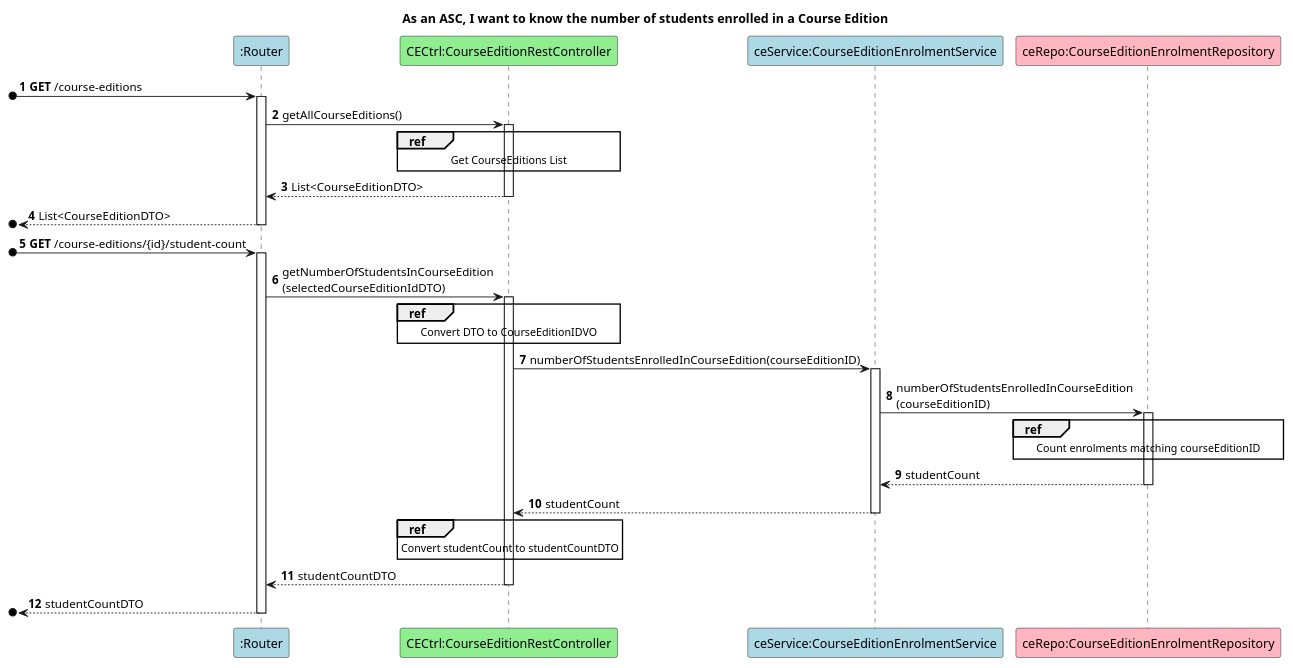
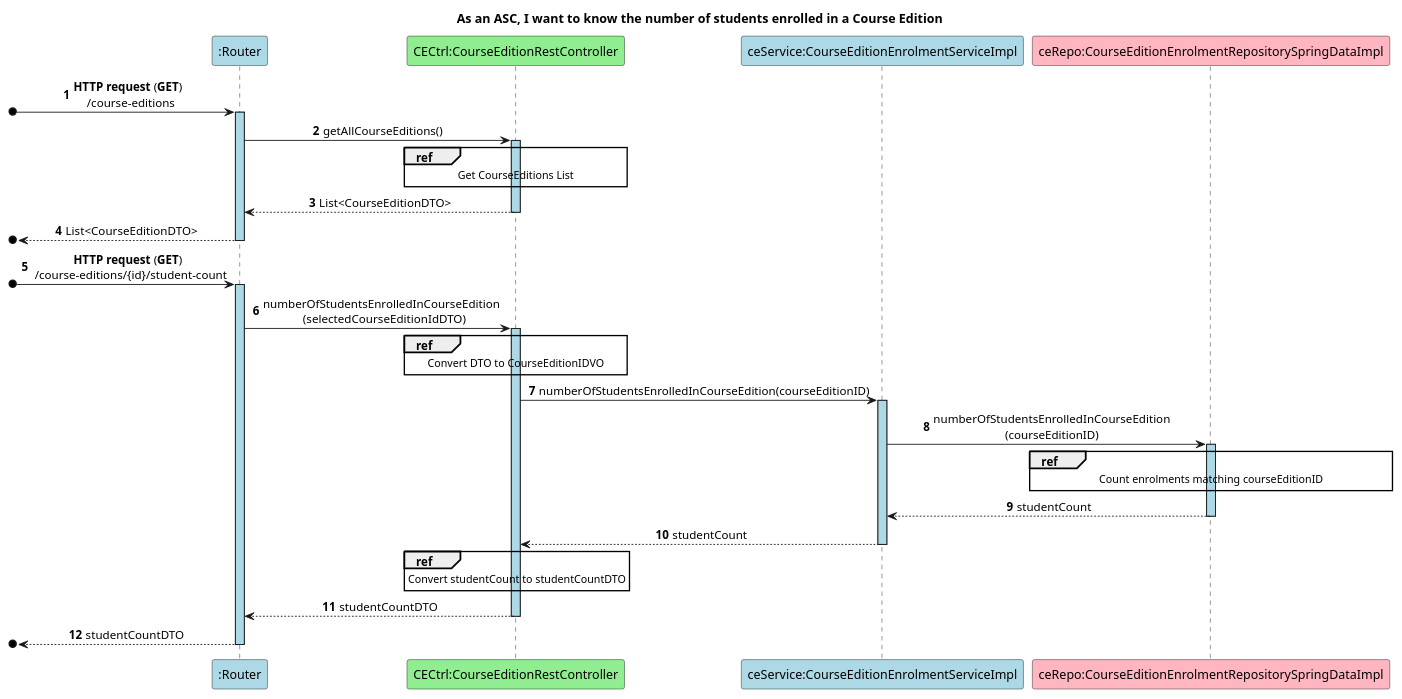
The diagram in docs/US36/ScenarioView/Level4.puml (GasparISEP/DevOps-PAI), drawn with PlantUML before and after one commit. The commit also changed 9 other files, not shown here.

Commit message:
Refs #652, #658: Refactored all US36 diagrams visual aspect

```diff
--- a/docs/US36/ScenarioView/Level4.puml
+++ b/docs/US36/ScenarioView/Level4.puml
@@ -1,49 +1,51 @@
 @startuml
 
 autonumber
 
 title As an ASC, I want to know the number of students enrolled in a Course Edition
+skinparam sequenceMessageAlign center
+skinparam sequenceLifeLineBackgroundColor #lightblue
 
 participant ":Router" as UI #lightblue
 participant "CECtrl:CourseEditionRestController" as ceC #lightgreen
-participant "ceService:CourseEditionEnrolmentService" as S #lightblue
-participant "ceRepo:CourseEditionEnrolmentRepository" as R #lightpink
+participant "ceService:CourseEditionEnrolmentServiceImpl" as S #lightblue
+participant "ceRepo:CourseEditionEnrolmentRepositorySpringDataImpl" as R #lightpink
 
-[o-> UI ++: **GET** /course-editions
+[o-> UI ++: **HTTP request** (**GET**) \n /course-editions
 
 UI -> ceC ++: getAllCourseEditions()
 
 ref over ceC
     Get CourseEditions List
 end ref
 
 ceC --> UI --: List<CourseEditionDTO>
 [o<-- UI --: List<CourseEditionDTO>
 
-[o-> UI ++ : **GET** /course-editions/{id}/student-count
+[o-> UI ++ : **HTTP request** (**GET**) \n /course-editions/{id}/student-count
 
-UI -> ceC ++ : getNumberOfStudentsInCourseEdition\n(selectedCourseEditionIdDTO)
+UI -> ceC ++ : numberOfStudentsEnrolledInCourseEdition \n (selectedCourseEditionIdDTO)
 
 ref over ceC
     Convert DTO to CourseEditionIDVO
 end ref
 
 ceC -> S ++ : numberOfStudentsEnrolledInCourseEdition(courseEditionID)
 
 S -> R ++ : numberOfStudentsEnrolledInCourseEdition\n(courseEditionID)
 
 ref over R
     Count enrolments matching courseEditionID
 end ref
 
 R --> S --: studentCount
 S --> ceC --: studentCount
 
 ref over ceC
     Convert studentCount to studentCountDTO
 end ref
 
 ceC --> UI --: studentCountDTO
 [o<-- UI --: studentCountDTO
 
 @enduml
```
